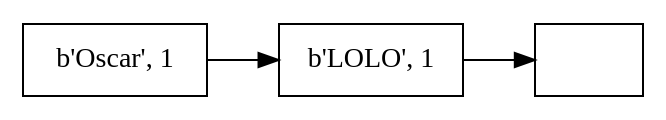
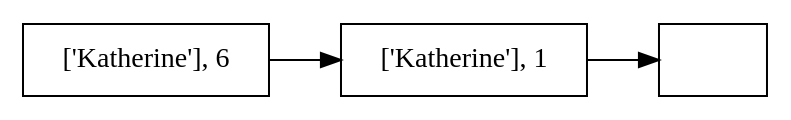
The diagram in ScoreboardReport.dot (olgt/EDD_1S2019_P1_201612341), drawn with Graphviz before and after one commit. The commit also changed 7 other files, not shown here.

```diff
--- a/ScoreboardReport.dot
+++ b/ScoreboardReport.dot
@@ -1,9 +1,9 @@
 digraph firstGraph{
 node [shape = record];
 rankdir=LR;
-node0 [label=" b'Oscar', 1 "];
+node0 [label=" ['Katherine'], 6 "];
 node0 -> node1;
-node1 [label=" b'LOLO', 1 "];
+node1 [label=" ['Katherine'], 1 "];
 node1 -> node2;
 node2 [label="   "];
 }
```
